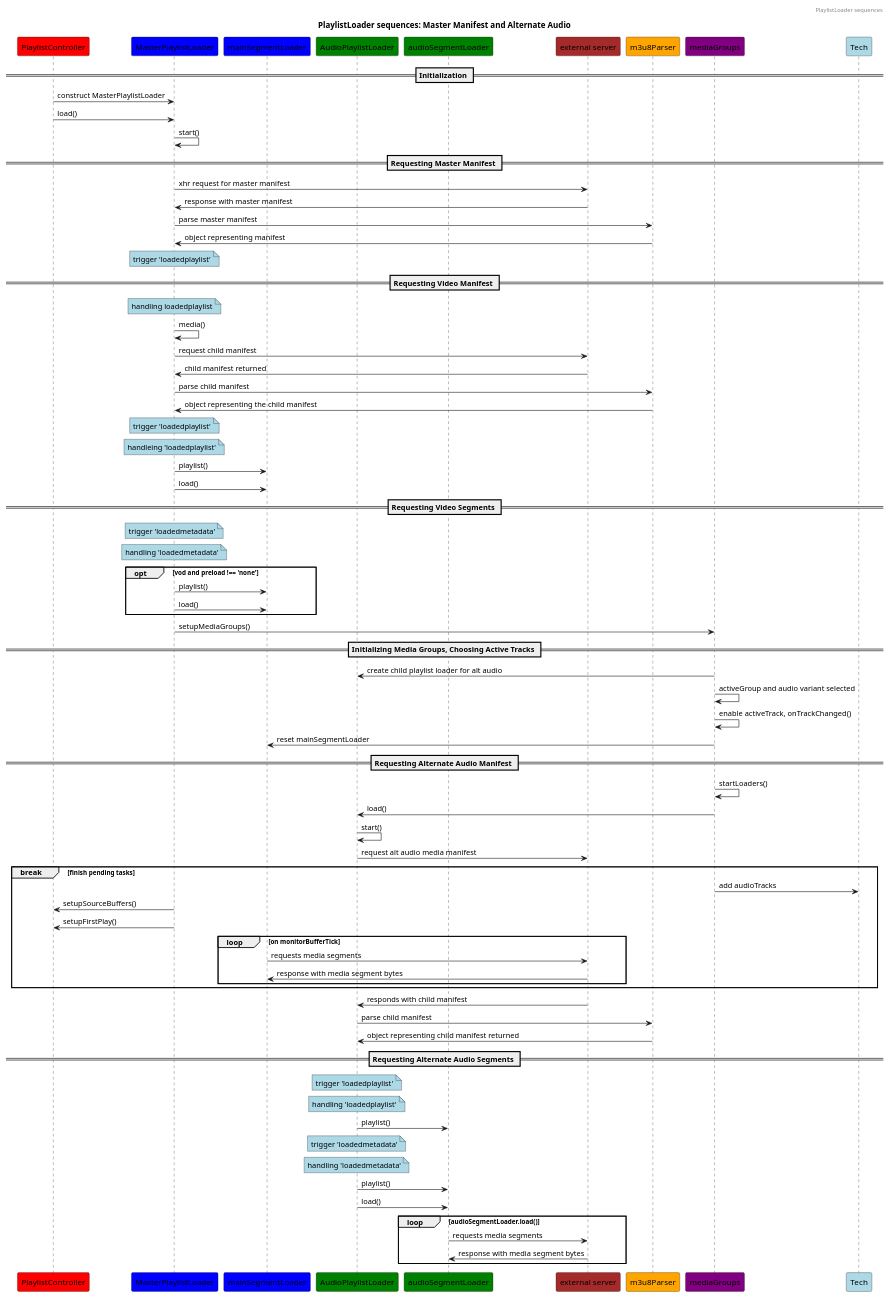
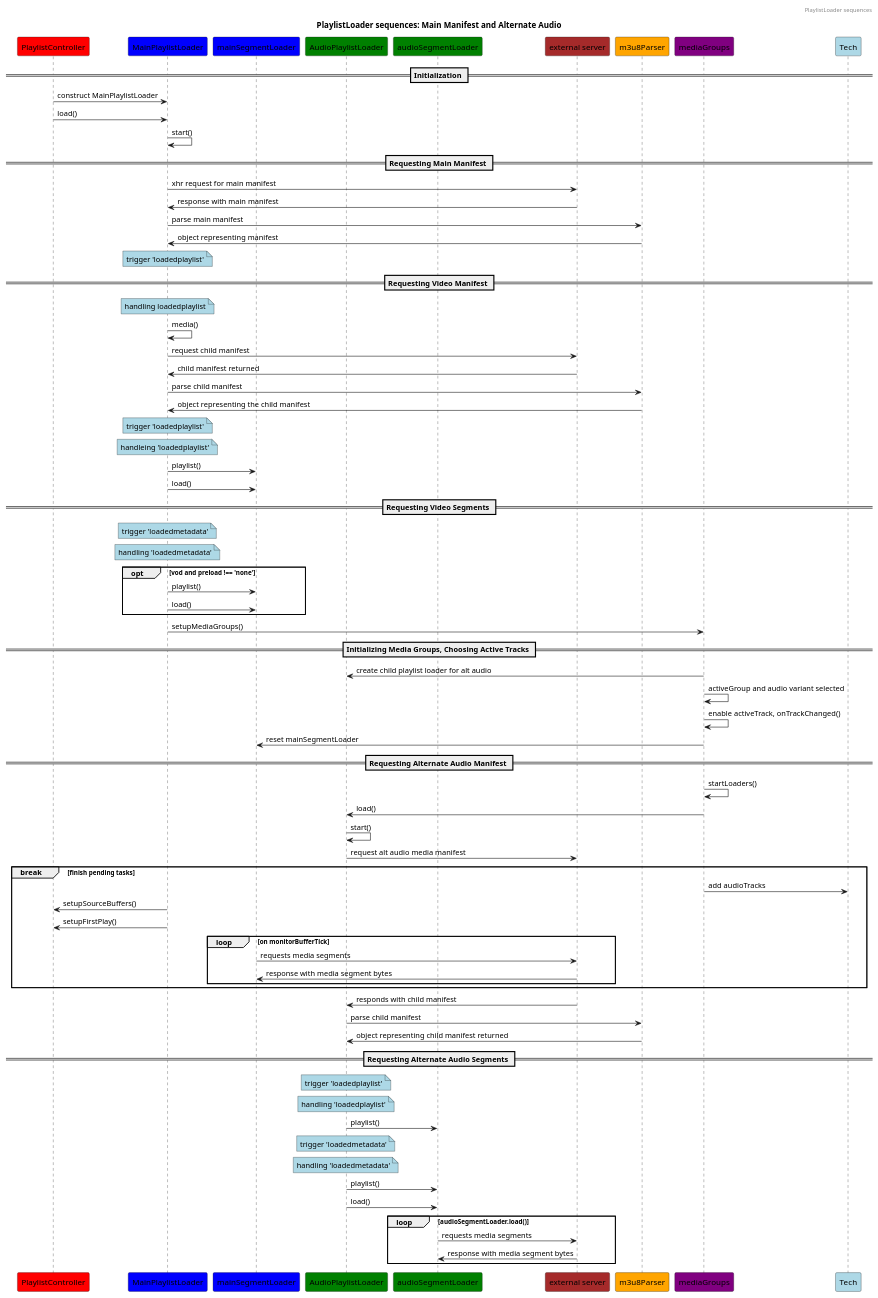
Before and after one commit to videojs/http-streaming: the diagram in docs/images/sources/playlist-loader-pc-mg-sequence.puml, drawn with PlantUML. The commit also changed 22 other files, not shown here.

```diff
--- a/docs/images/sources/playlist-loader-pc-mg-sequence.puml
+++ b/docs/images/sources/playlist-loader-pc-mg-sequence.puml
@@ -1,114 +1,114 @@
 @startuml
 
 header PlaylistLoader sequences
-title PlaylistLoader sequences: Master Manifest and Alternate Audio
+title PlaylistLoader sequences: Main Manifest and Alternate Audio
 
 Participant "PlaylistController" as PC #red
-Participant "MasterPlaylistLoader" as MPL #blue
+Participant "MainPlaylistLoader" as MPL #blue
 Participant "mainSegmentLoader" as SL #blue
 Participant "AudioPlaylistLoader" as APL #green
 Participant "audioSegmentLoader" as ASL #green
 Participant "external server" as ext #brown
 Participant "m3u8Parser" as parser #orange
 Participant "mediaGroups" as MG #purple
 Participant Tech #lightblue
 
 == Initialization ==
 
-PC -> MPL : construct MasterPlaylistLoader
+PC -> MPL : construct MainPlaylistLoader
 PC -> MPL: load()
 
 MPL -> MPL : start()
 
-== Requesting Master Manifest ==
+== Requesting Main Manifest ==
 
-MPL -> ext: xhr request for master manifest
-ext -> MPL : response with master manifest
+MPL -> ext: xhr request for main manifest
+ext -> MPL : response with main manifest
 
-MPL -> parser: parse master manifest
+MPL -> parser: parse main manifest
 parser -> MPL: object representing manifest
 
 note over MPL #lightblue: trigger 'loadedplaylist'
 
 == Requesting Video Manifest ==
 
 note over MPL #lightblue: handling loadedplaylist
 MPL -> MPL : media()
 
 MPL -> ext : request child manifest
 ext -> MPL: child manifest returned
 
 MPL -> parser: parse child manifest
 parser -> MPL: object representing the child manifest
 
 note over MPL #lightblue: trigger 'loadedplaylist'
 note over MPL #lightblue: handleing 'loadedplaylist'
 
 MPL -> SL: playlist()
 MPL -> SL: load()
 
 == Requesting Video Segments ==
 
 note over MPL #lightblue: trigger 'loadedmetadata'
 note over MPL #lightblue: handling 'loadedmetadata'
 
 opt vod and preload !== 'none'
 
   MPL -> SL: playlist()
   MPL -> SL: load()
 
 end
 
 MPL -> MG: setupMediaGroups()
 
 == Initializing Media Groups, Choosing Active Tracks ==
 
 MG -> APL: create child playlist loader for alt audio
 
 MG -> MG: activeGroup and audio variant selected
 MG -> MG: enable activeTrack, onTrackChanged()
 MG -> SL: reset mainSegmentLoader
 
 == Requesting Alternate Audio Manifest ==
 
 MG -> MG: startLoaders()
 
 MG -> APL: load()
 APL -> APL: start()
 
 APL -> ext: request alt audio media manifest
 
 break finish pending tasks
   MG -> Tech: add audioTracks
   MPL -> PC: setupSourceBuffers()
   MPL -> PC: setupFirstPlay()
 
   loop on monitorBufferTick
     SL -> ext: requests media segments
     ext -> SL: response with media segment bytes
   end
 end
 
 ext -> APL: responds with child manifest
 
 APL -> parser: parse child manifest
 parser -> APL: object representing child manifest returned
 
 == Requesting Alternate Audio Segments ==
 
 note over APL #lightblue: trigger 'loadedplaylist'
 note over APL #lightblue: handling 'loadedplaylist'
 APL -> ASL: playlist()
 
 note over APL #lightblue: trigger 'loadedmetadata'
 note over APL #lightblue: handling 'loadedmetadata'
 APL -> ASL: playlist()
 APL -> ASL: load()
 
 loop audioSegmentLoader.load()
 
   ASL -> ext: requests media segments
   ext -> ASL: response with media segment bytes
 end
 
 @enduml
```
